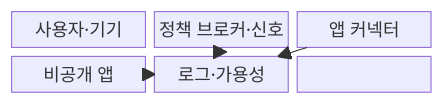
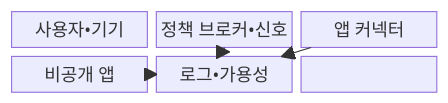
The first of 2 diagrams in src/content/docs/notes/05-security/064_ztna.md (agnusdei1207/knowledge-base), drawn with Mermaid before and after one commit. The commit also changed other lines of this file and 953 other files, not shown here.

````diff
--- a/src/content/docs/notes/05-security/064_ztna.md
+++ b/src/content/docs/notes/05-security/064_ztna.md
@@ -63,13 +63,13 @@
 ```mermaid
 block-beta
   columns 3
-  A["사용자·기기"]
-  B["정책 브로커·신호"]
+  A["사용자•기기"]
+  B["정책 브로커•신호"]
   C["앱 커넥터"]
   D["비공개 앱"]
-  E["로그·가용성"]
+  E["로그•가용성"]
   A --> B --> C --> D
   B --> E
   C --> E
   D --> E
 ```
````
